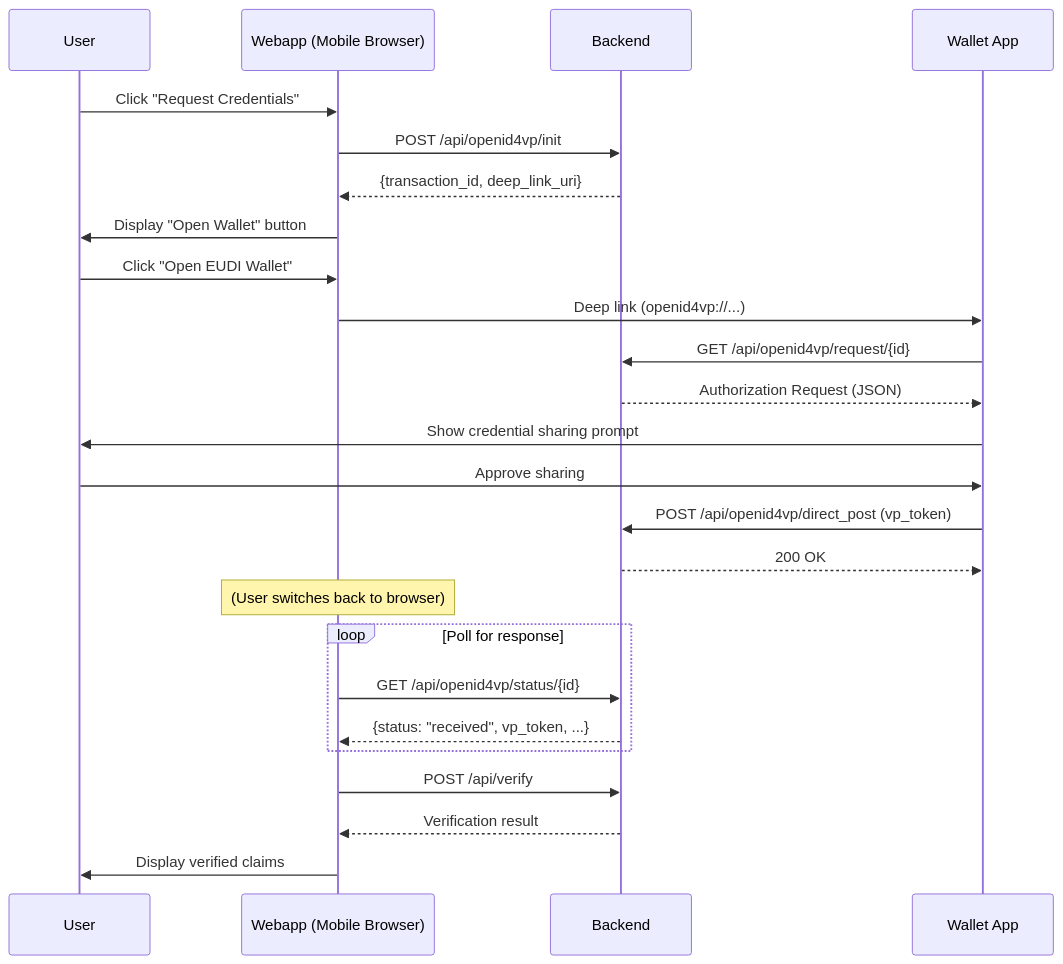
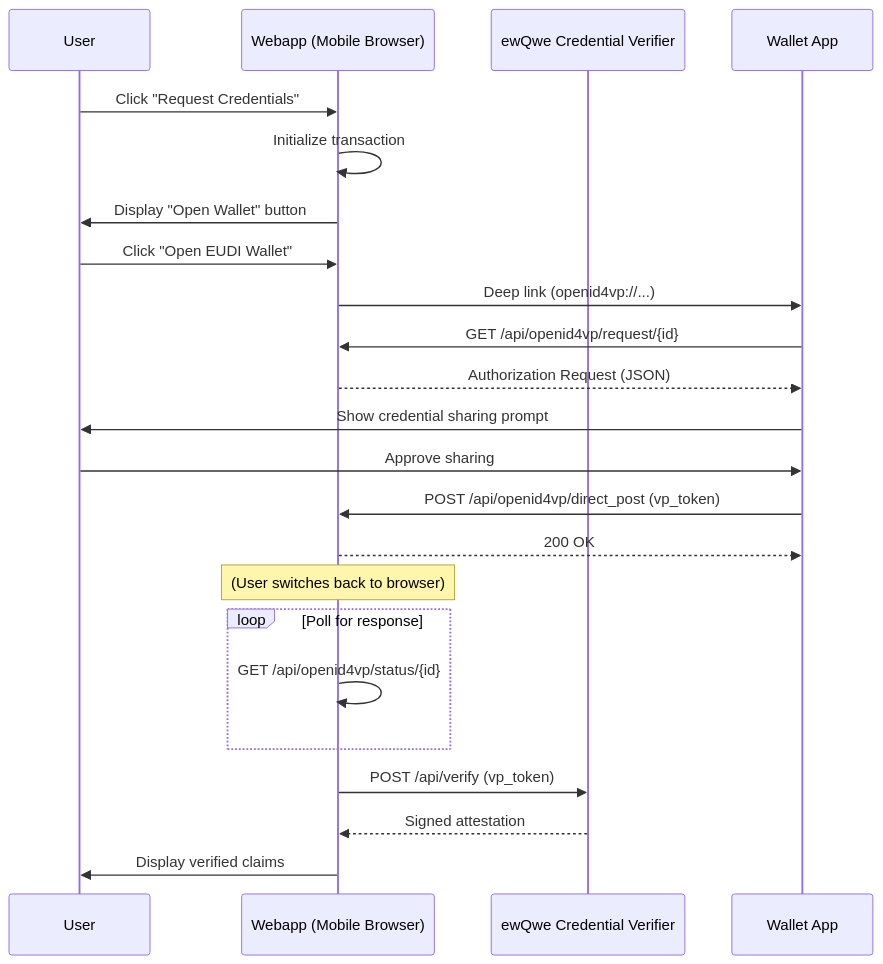
One commit to rd-ewqwe/ewqwe-identity changed the fourth of 4 diagrams in documentation/src/demo_webapp.md. Above: the diagram before and after it, drawn with Mermaid. The commit also changed other lines of this file and 4 other files, not shown here.

````diff
--- a/documentation/src/demo_webapp.md
+++ b/documentation/src/demo_webapp.md
@@ -220,31 +208,29 @@
 ```mermaid
 sequenceDiagram
     participant U as User
     participant W as Webapp (Mobile Browser)
-    participant B as Backend
+    participant V as ewQwe Credential Verifier
     participant M as Wallet App
-    
+
     U->>W: Click "Request Credentials"
-    W->>B: POST /api/openid4vp/init
-    B-->>W: {transaction_id, deep_link_uri}
+    W->>W: Initialize transaction
     W->>U: Display "Open Wallet" button
-    
+
     U->>W: Click "Open EUDI Wallet"
     W->>M: Deep link (openid4vp://...)
-    M->>B: GET /api/openid4vp/request/{id}
-    B-->>M: Authorization Request (JSON)
+    M->>W: GET /api/openid4vp/request/{id}
+    W-->>M: Authorization Request (JSON)
     M->>U: Show credential sharing prompt
     U->>M: Approve sharing
-    M->>B: POST /api/openid4vp/direct_post (vp_token)
-    B-->>M: 200 OK
-    
+    M->>W: POST /api/openid4vp/direct_post (vp_token)
+    W-->>M: 200 OK
+
     Note over W: (User switches back to browser)
     loop Poll for response
-        W->>B: GET /api/openid4vp/status/{id}
-        B-->>W: {status: "received", vp_token, ...}
+        W->>W: GET /api/openid4vp/status/{id}
     end
-    
-    W->>B: POST /api/verify
-    B-->>W: Verification result
+
+    W->>V: POST /api/verify (vp_token)
+    V-->>W: Signed attestation
     W->>U: Display verified claims
 ```
````
